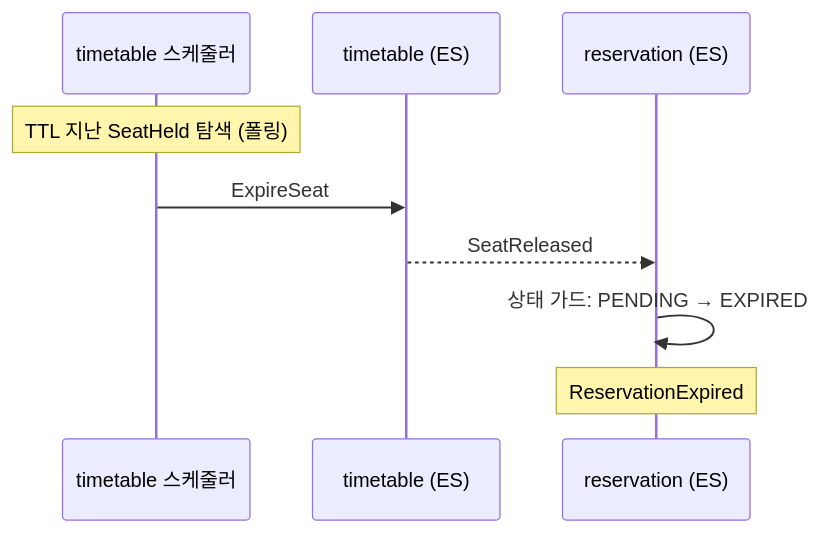
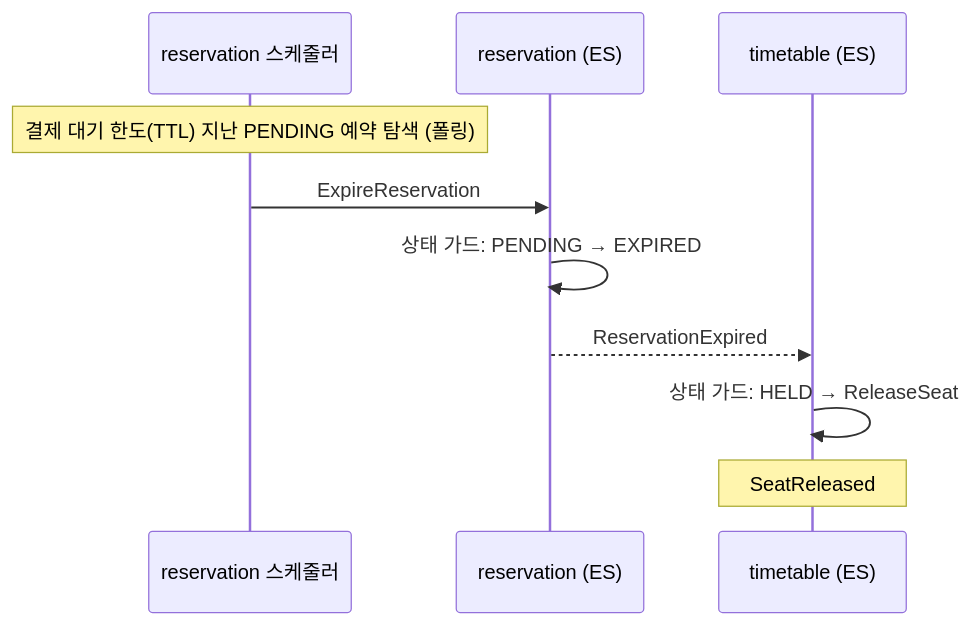
One commit to newkayak12/prototype-reservation-system changed the third of 8 diagrams in docs/v2/design_doc/DESIGN-007-consistency-and-sagas.md. Above: the diagram before and after it, drawn with Mermaid. The commit also changed other lines of this file and 52 other files, not shown here.

````diff
--- a/docs/v2/design_doc/DESIGN-007-consistency-and-sagas.md
+++ b/docs/v2/design_doc/DESIGN-007-consistency-and-sagas.md
@@ -117,13 +117,14 @@
 ```mermaid
 sequenceDiagram
-    participant SCH as timetable 스케줄러
+    participant SCH as reservation 스케줄러
+    participant RES as reservation (ES)
     participant TT as timetable (ES)
-    participant RES as reservation (ES)
 
-    Note over SCH: TTL 지난 SeatHeld 탐색 (폴링)
-    SCH->>TT: ExpireSeat
-    TT-->>RES: SeatReleased
+    Note over SCH: 결제 대기 한도(TTL) 지난 PENDING 예약 탐색 (폴링)
+    SCH->>RES: ExpireReservation
+    RES->>RES: 상태 가드: PENDING → EXPIRED
+    RES-->>TT: ReservationExpired
 
-    RES->>RES: 상태 가드: PENDING → EXPIRED
-    Note over RES: ReservationExpired
+    TT->>TT: 상태 가드: HELD → ReleaseSeat
+    Note over TT: SeatReleased
 ```
````
